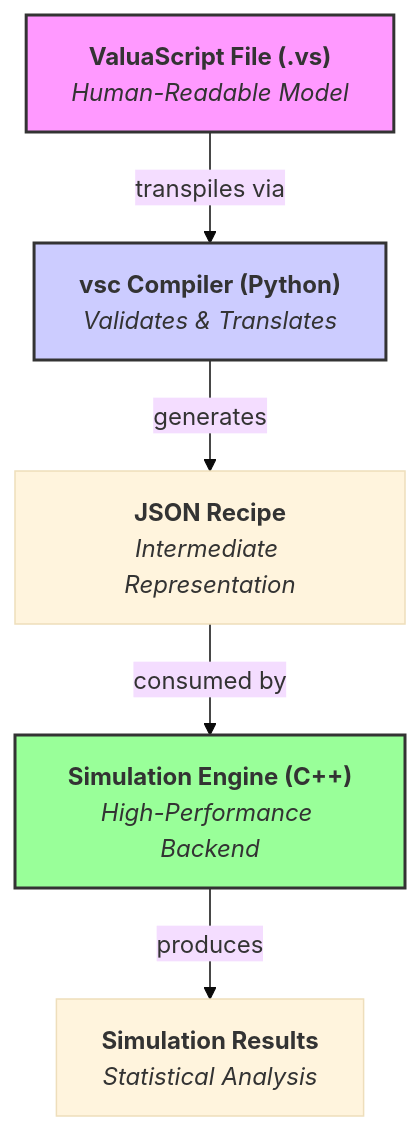
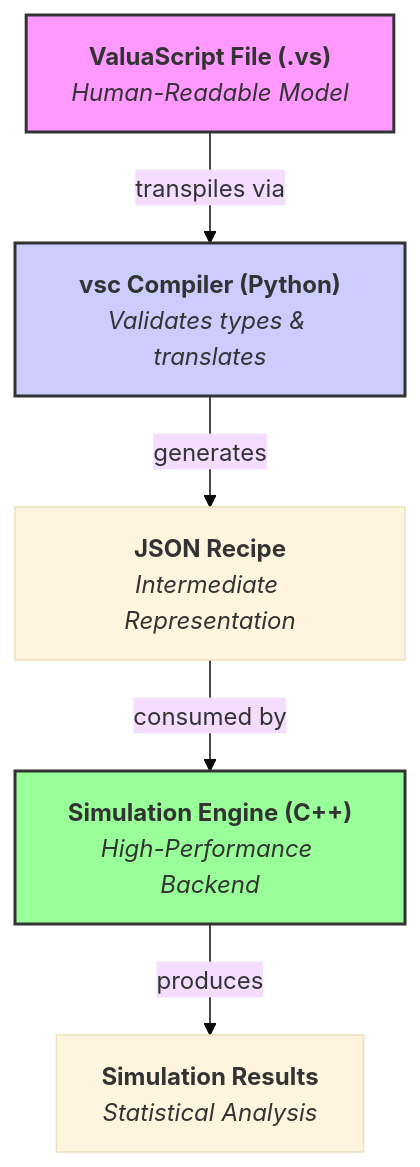
One commit to Alessio2704/monte-carlo-simulator changed the diagram in README.md. Above: the diagram before and after it, drawn with Mermaid (base theme). The commit also changed other lines of this file, not shown here.

````diff
--- a/README.md
+++ b/README.md
@@ -29,11 +29,11 @@
 ```mermaid
 graph TD;
-    A["<b>ValuaScript File (.vs)</b><br/><i>Human-Readable Model</i>"] -- transpiles via --> B["<b>vsc Compiler (Python)</b><br/><i>Validates & Translates</i>"];
+    A["<b>ValuaScript File (.vs)</b><br/><i>Human-Readable Model</i>"] -- transpiles via --> B["<b>vsc Compiler (Python)</b><br/><i>Validates types & translates</i>"];
     B -- generates --> C["<b>JSON Recipe</b><br/><i>Intermediate Representation</i>"];
     C -- consumed by --> D["<b>Simulation Engine (C++)</b><br/><i>High-Performance Backend</i>"];
     D -- produces --> E["<b>Simulation Results</b><br/><i>Statistical Analysis</i>"];
 
     style A fill:#f9f,stroke:#333,stroke-width:2px
     style B fill:#ccf,stroke:#333,stroke-width:2px
     style D fill:#9f9,stroke:#333,stroke-width:2px
 ```
````
